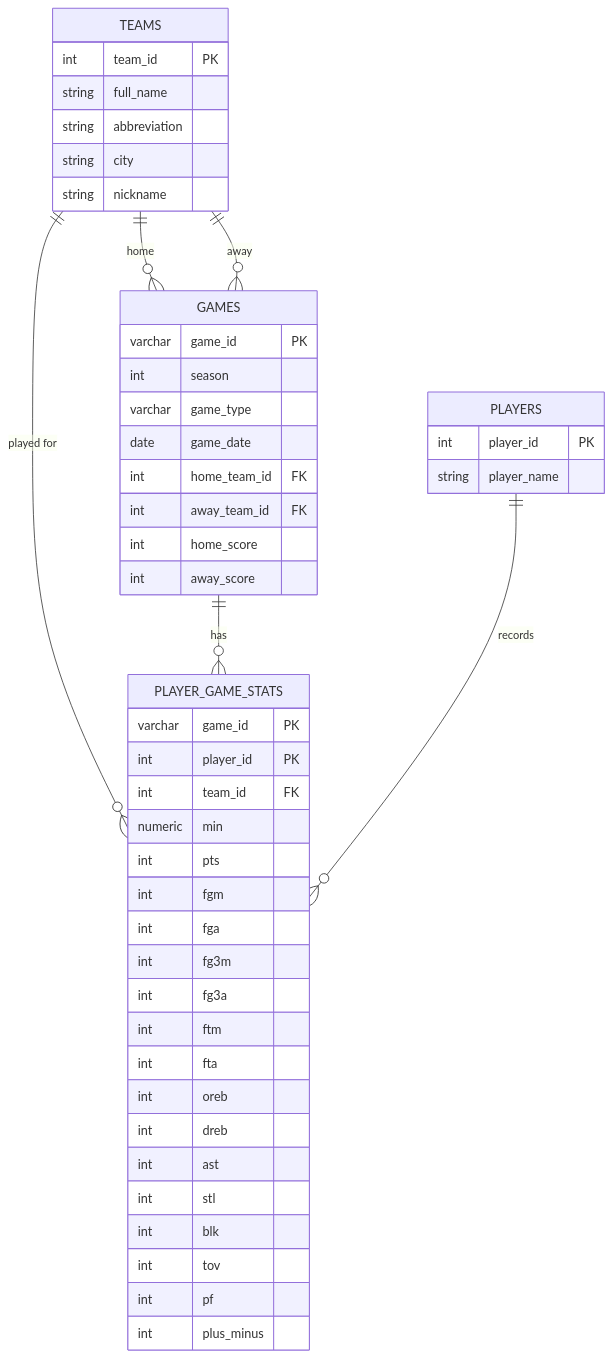
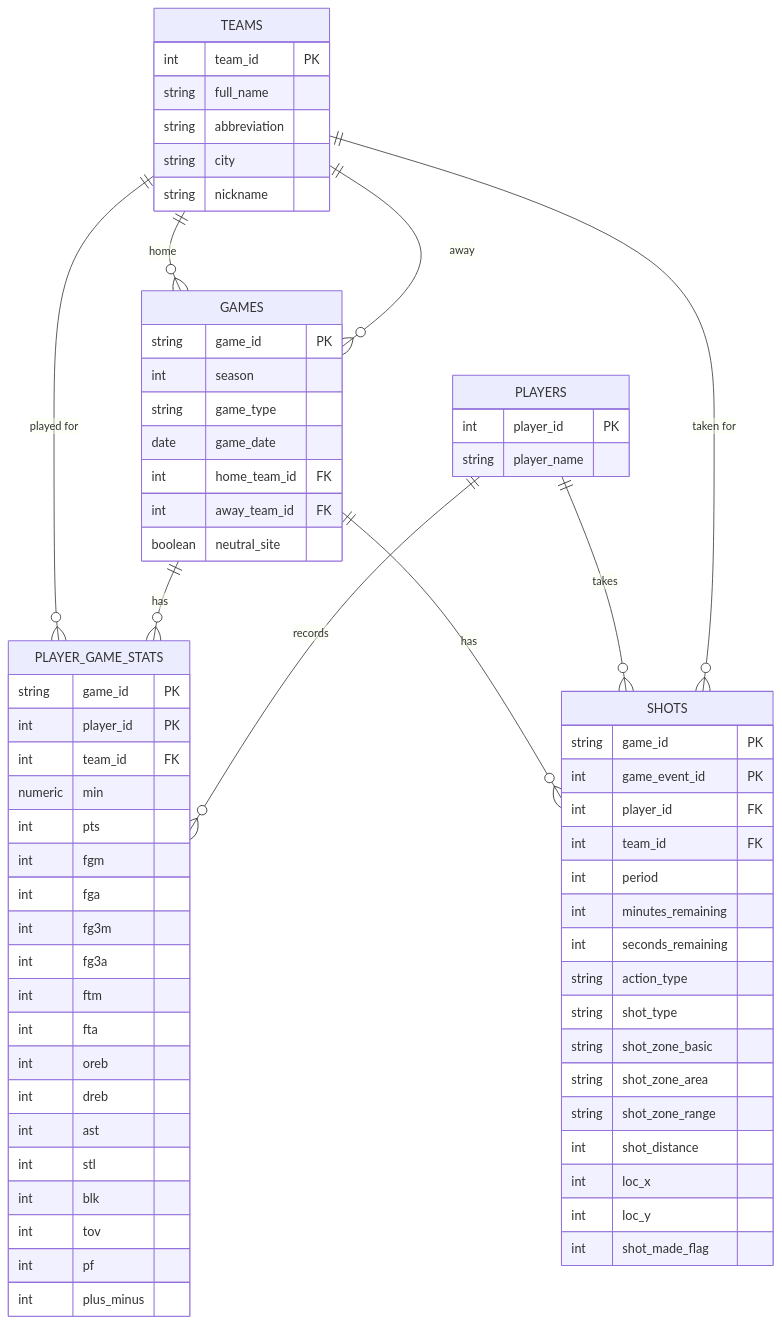
The diagram in docs/erd.md (Confusedanddazed/82-boxes), drawn with Mermaid before and after one commit. The commit also changed other lines of this file and 6 other files, not shown here.

````diff
--- a/docs/erd.md
+++ b/docs/erd.md
@@ -3,50 +3,70 @@
 ```mermaid
 erDiagram
   TEAMS ||--o{ GAMES : home
   TEAMS ||--o{ GAMES : away
   TEAMS ||--o{ PLAYER_GAME_STATS : "played for"
   GAMES ||--o{ PLAYER_GAME_STATS : has
   PLAYERS ||--o{ PLAYER_GAME_STATS : records
+  GAMES ||--o{ SHOTS : has
+  PLAYERS ||--o{ SHOTS : takes
+  TEAMS ||--o{ SHOTS : "taken for"
   TEAMS {
     int team_id PK
     string full_name
     string abbreviation
     string city
     string nickname
   }
   PLAYERS {
     int player_id PK
     string player_name
   }
   GAMES {
-    varchar game_id PK
+    string game_id PK
     int season
-    varchar game_type
+    string game_type
     date game_date
     int home_team_id FK
     int away_team_id FK
-    int home_score
-    int away_score
+    boolean neutral_site
   }
   PLAYER_GAME_STATS {
-    varchar game_id PK
+    string game_id PK
     int player_id PK
     int team_id FK
     numeric min
     int pts
     int fgm
     int fga
     int fg3m
     int fg3a
     int ftm
     int fta
     int oreb
     int dreb
     int ast
     int stl
     int blk
     int tov
     int pf
     int plus_minus
   }
+  SHOTS {
+    string game_id PK
+    int game_event_id PK
+    int player_id FK
+    int team_id FK
+    int period
+    int minutes_remaining
+    int seconds_remaining
+    string action_type
+    string shot_type
+    string shot_zone_basic
+    string shot_zone_area
+    string shot_zone_range
+    int shot_distance
+    int loc_x
+    int loc_y
+    int shot_made_flag
+  }
 ```
````
